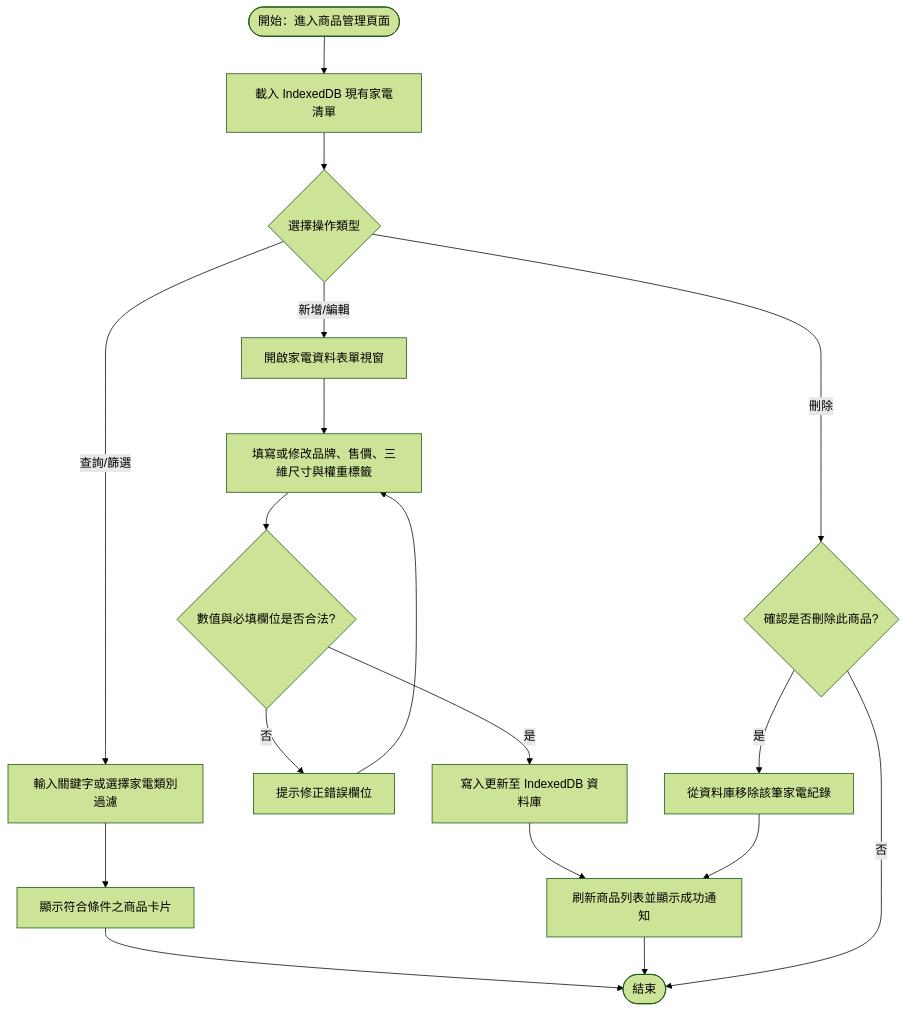
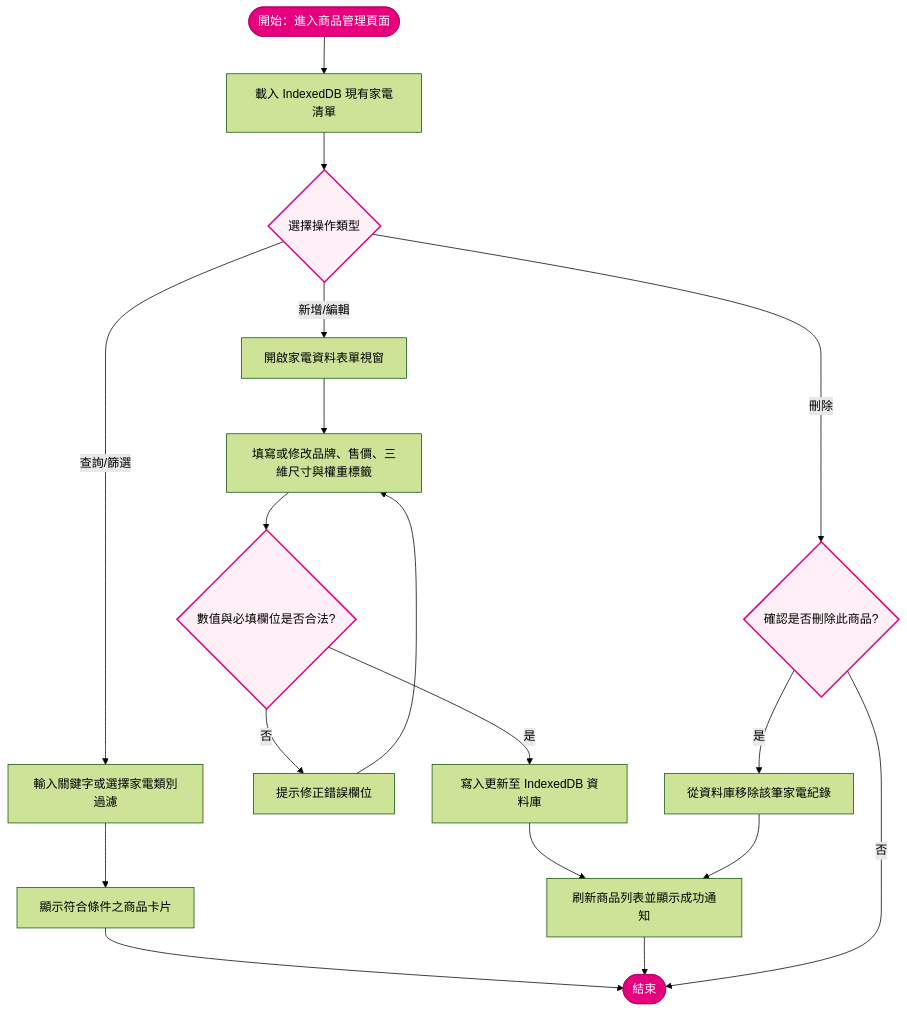
Before and after one commit to c113118220-code/smart-appliance-advisor: the seventh of 7 diagrams in hw4.md, drawn with Mermaid (forest theme). The commit also changed other lines of this file, not shown here.

````diff
--- a/hw4.md
+++ b/hw4.md
@@ -195,23 +195,29 @@
 ```mermaid
 flowchart TD
     Start([開始：進入商品管理頁面]) --> LoadList[載入 IndexedDB 現有家電清單]
     LoadList --> ChooseAction{選擇操作類型}
     
     ChooseAction -- 查詢/篩選 --> FilterSearch[輸入關鍵字或選擇家電類別過濾]
     FilterSearch --> ShowFiltered[顯示符合條件之商品卡片]
     ShowFiltered --> End([結束])
     
     ChooseAction -- 新增/編輯 --> OpenForm[開啟家電資料表單視窗]
     OpenForm --> InputFields[填寫或修改品牌、售價、三維尺寸與權重標籤]
     InputFields --> ValidateData{數值與必填欄位是否合法?}
     ValidateData -- 否 --> AlertError[提示修正錯誤欄位]
     AlertError --> InputFields
     ValidateData -- 是 --> WriteDB[寫入更新至 IndexedDB 資料庫]
     WriteDB --> RefreshUI[刷新商品列表並顯示成功通知]
     RefreshUI --> End
     
     ChooseAction -- 刪除 --> ConfirmDel{確認是否刪除此商品?}
     ConfirmDel -- 否 --> End
     ConfirmDel -- 是 --> DeleteDB[從資料庫移除該筆家電紀錄]
     DeleteDB --> RefreshUI
+
+    style Start fill:#E6007E,color:#FFFFFF,stroke:#B30062
+    style End fill:#E6007E,color:#FFFFFF,stroke:#B30062
+    style ChooseAction fill:#FFF0F7,stroke:#E6007E,stroke-width:2px
+    style ValidateData fill:#FFF0F7,stroke:#E6007E,stroke-width:2px
+    style ConfirmDel fill:#FFF0F7,stroke:#E6007E,stroke-width:2px
 ```
````
